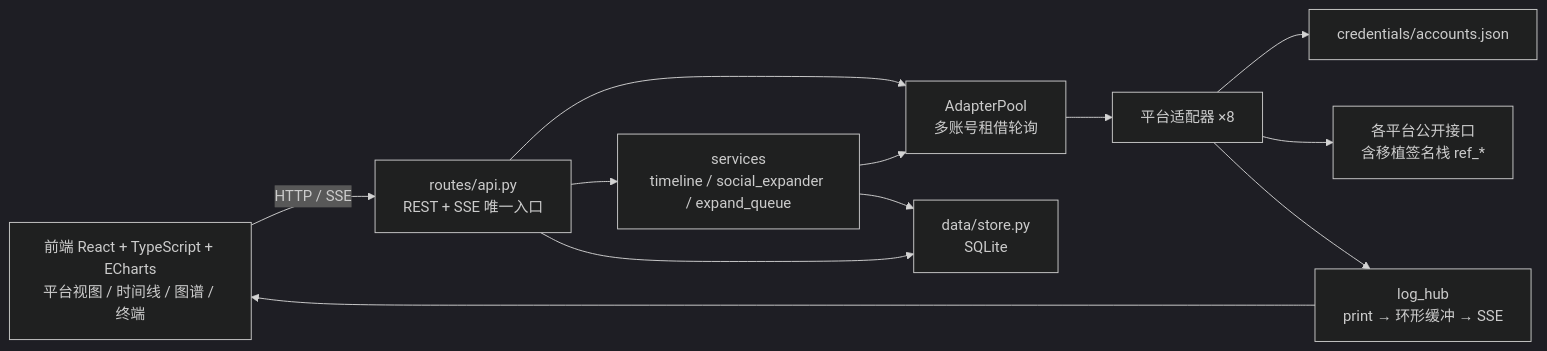
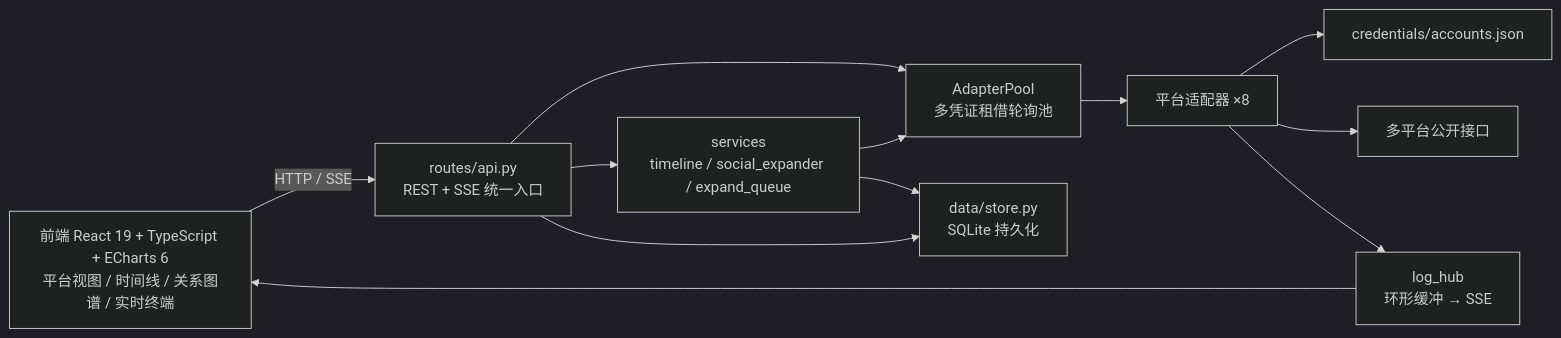
One commit to element-17/Sight changed the first of 2 diagrams in README.md. Above: the diagram before and after it, drawn with Mermaid (dark theme). The commit also changed other lines of this file, not shown here.

````diff
--- a/README.md
+++ b/README.md
@@ -55,24 +50,24 @@
 ```mermaid
 flowchart LR
-    UI["前端 React + TypeScript + ECharts<br/>平台视图 / 时间线 / 图谱 / 终端"]
-    API["routes/api.py<br/>REST + SSE 唯一入口"]
-    POOL["AdapterPool<br/>多账号租借轮询"]
+    UI["前端 React 19 + TypeScript + ECharts 6<br/>平台视图 / 时间线 / 关系图谱 / 实时终端"]
+    API["routes/api.py<br/>REST + SSE 统一入口"]
+    POOL["AdapterPool<br/>多凭证租借轮询池"]
     ADP["平台适配器 ×8"]
     CRED["credentials/accounts.json"]
-    NET["各平台公开接口<br/>含移植签名栈 ref_*"]
+    NET["多平台公开接口"]
     SVC["services<br/>timeline / social_expander / expand_queue"]
-    DB["data/store.py<br/>SQLite"]
-    LOG["log_hub<br/>print → 环形缓冲 → SSE"]
+    DB["data/store.py<br/>SQLite 持久化"]
+    LOG["log_hub<br/>环形缓冲 → SSE"]
 
     UI -->|HTTP / SSE| API
     API --> POOL
     API --> SVC
     SVC --> POOL
     POOL --> ADP
     ADP --> CRED
     ADP --> NET
     API --> DB
     SVC --> DB
     ADP --> LOG
     LOG --> UI
 ```
````
